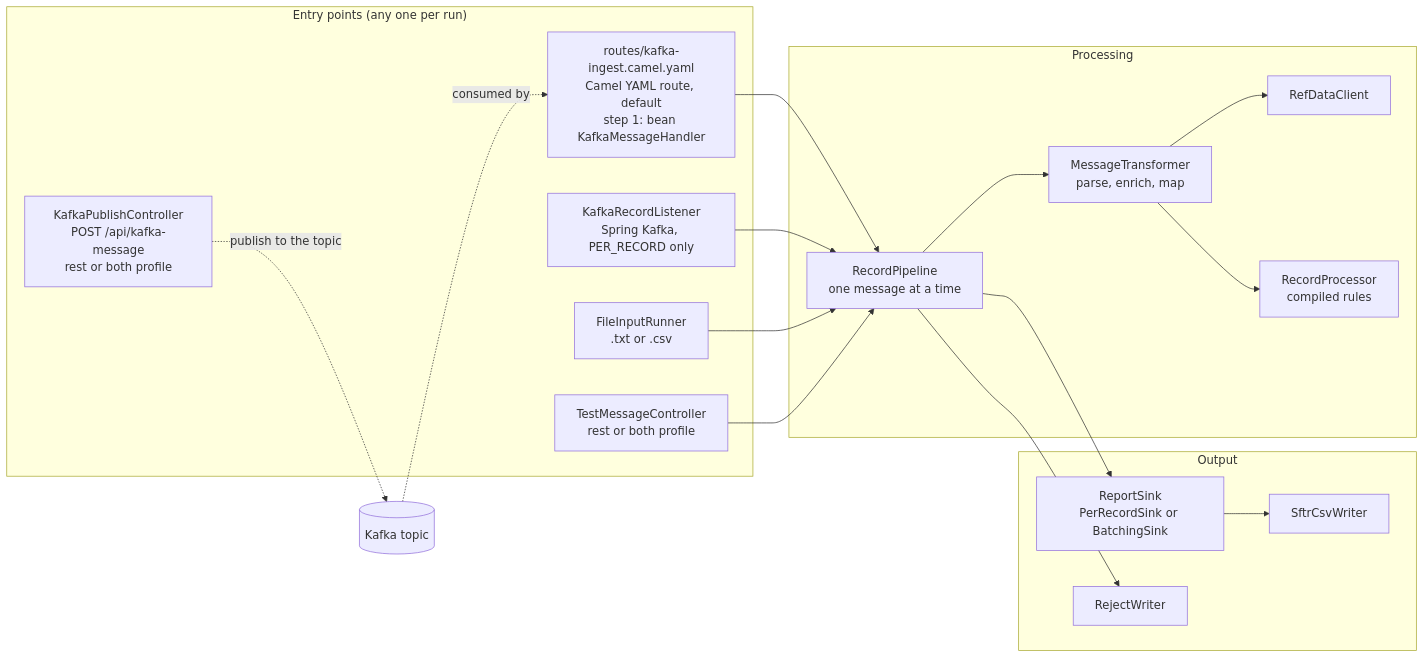
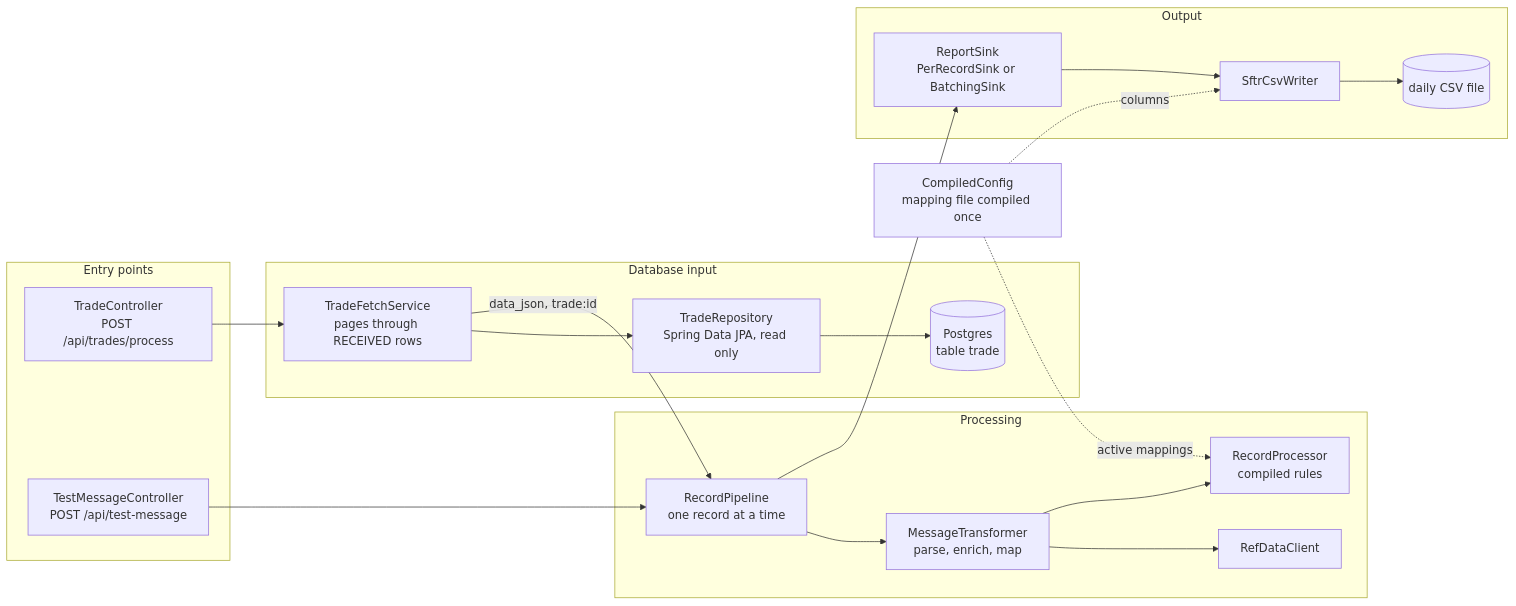
One commit to shanregs/msg-transformer changed the diagram in docs/design-and-architecture.md. Above: the diagram before and after it, drawn with Mermaid. The commit also changed other lines of this file and 72 other files, not shown here.

First line of the commit message:
Read trades from a Postgres table instead of Kafka or files (#15)

````diff
--- a/docs/design-and-architecture.md
+++ b/docs/design-and-architecture.md
@@ -34,33 +35,36 @@
 ```mermaid
 flowchart LR
-    subgraph doors["Entry points (any one per run)"]
-        K["routes/kafka-ingest.camel.yaml<br/>Camel YAML route, default<br/>step 1: bean KafkaMessageHandler"]
-        L["KafkaRecordListener<br/>Spring Kafka, PER_RECORD only"]
-        F["FileInputRunner<br/>.txt or .csv"]
-        R["TestMessageController<br/>rest or both profile"]
-        KP["KafkaPublishController<br/>POST /api/kafka-message<br/>rest or both profile"]
+    subgraph doors["Entry points"]
+        TC["TradeController<br/>POST /api/trades/process"]
+        MC["TestMessageController<br/>POST /api/test-message"]
+    end
+    subgraph db["Database input"]
+        TS["TradeFetchService<br/>pages through RECEIVED rows"]
+        TR["TradeRepository<br/>Spring Data JPA, read only"]
+        PG[("Postgres<br/>table trade")]
     end
     subgraph core["Processing"]
-        P["RecordPipeline<br/>one message at a time"]
+        P["RecordPipeline<br/>one record at a time"]
         T["MessageTransformer<br/>parse, enrich, map"]
         RD["RefDataClient"]
         RP["RecordProcessor<br/>compiled rules"]
     end
     subgraph out["Output"]
         S["ReportSink<br/>PerRecordSink or BatchingSink"]
         W["SftrCsvWriter"]
-        J["RejectWriter"]
+        F[("daily CSV file")]
     end
-    K --> P
-    L --> P
-    F --> P
-    R --> P
+    TC --> TS
+    TS --> TR
+    TR --> PG
+    TS -->|"data_json, trade:id"| P
+    MC --> P
     P --> T
     T --> RD
     T --> RP
     P --> S
-    P --> J
     S --> W
-    KP -.->|publish to the topic| KT[("Kafka topic")]
-    KT -.->|consumed by| K
+    W --> F
+    CC["CompiledConfig<br/>mapping file compiled once"] -.->|active mappings| RP
+    CC -.->|columns| W
 ```
````
